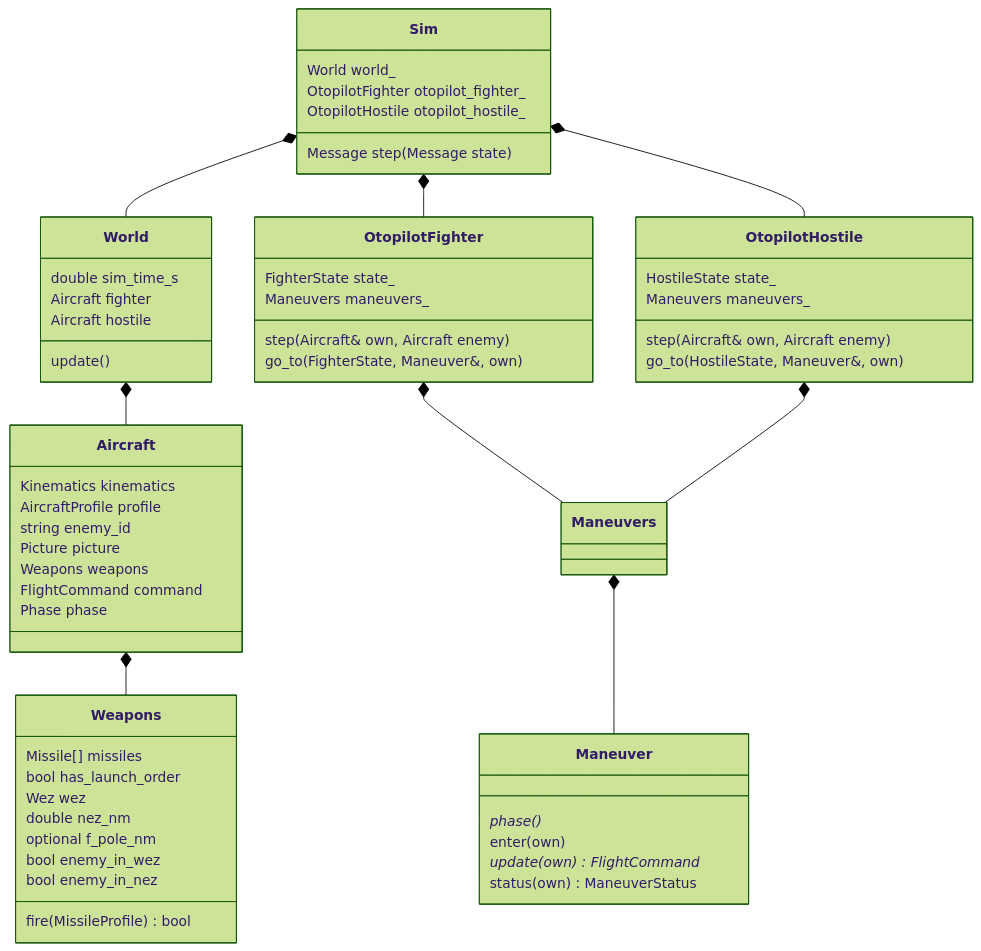
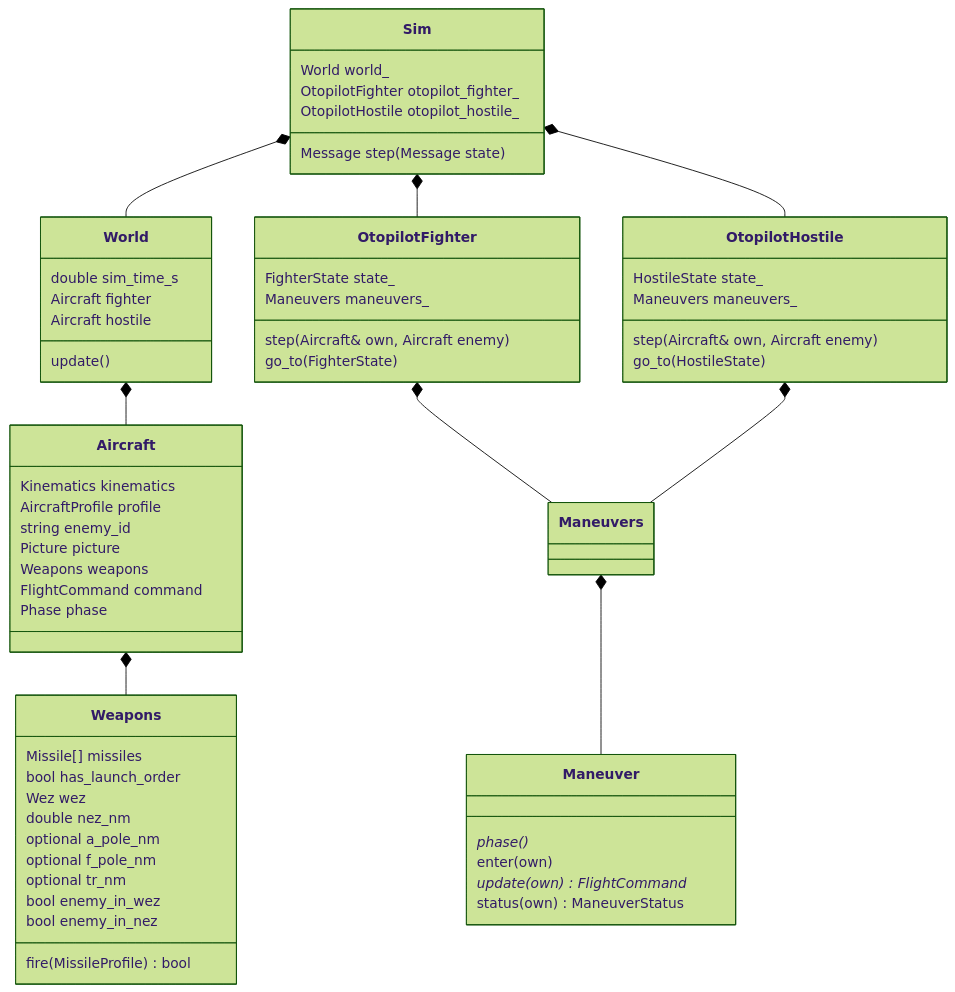
The diagram in docs/mimari/OTOPILOT_MIMARISI.md (batoddy/BVR-Fight-Project), drawn with Mermaid (forest theme) before and after one commit. The commit also changed other lines of this file and 1432 other files, not shown here.

````diff
--- a/docs/mimari/OTOPILOT_MIMARISI.md
+++ b/docs/mimari/OTOPILOT_MIMARISI.md
@@ -21,60 +21,62 @@
 ```mermaid
 classDiagram
     class Sim {
         World world_
         OtopilotFighter otopilot_fighter_
         OtopilotHostile otopilot_hostile_
         Message step(Message state)
     }
     class World {
         double sim_time_s
         Aircraft fighter
         Aircraft hostile
         update()
     }
     class Aircraft {
         Kinematics kinematics
         AircraftProfile profile
         string enemy_id
         Picture picture
         Weapons weapons
         FlightCommand command
         Phase phase
     }
     class Weapons {
         Missile[] missiles
         bool has_launch_order
         Wez wez
         double nez_nm
+        optional a_pole_nm
         optional f_pole_nm
+        optional tr_nm
         bool enemy_in_wez
         bool enemy_in_nez
         fire(MissileProfile) bool
     }
     class OtopilotFighter {
         FighterState state_
         Maneuvers maneuvers_
         step(Aircraft& own, Aircraft enemy)
-        go_to(FighterState, Maneuver&, own)
+        go_to(FighterState)
     }
     class OtopilotHostile {
         HostileState state_
         Maneuvers maneuvers_
         step(Aircraft& own, Aircraft enemy)
-        go_to(HostileState, Maneuver&, own)
+        go_to(HostileState)
     }
     class Maneuver {
         phase()*
         enter(own)
         update(own)* FlightCommand
         status(own) ManeuverStatus
     }
     Sim *-- World
     Sim *-- OtopilotFighter
     Sim *-- OtopilotHostile
     World *-- Aircraft
     Aircraft *-- Weapons
     OtopilotFighter *-- Maneuvers
     OtopilotHostile *-- Maneuvers
     Maneuvers *-- Maneuver
 ```
````
